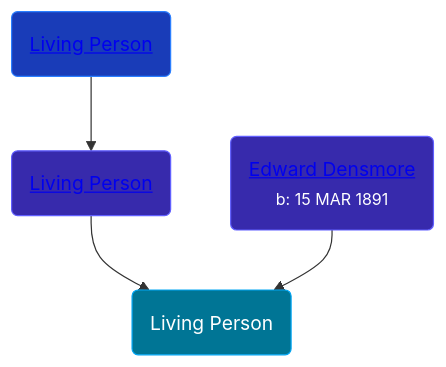
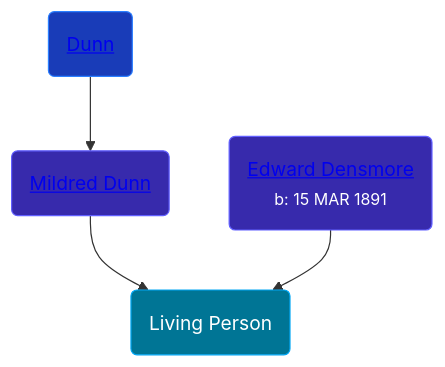
Before and after one commit to wpmgotkh/wpmgotkh.github.io: the diagram in pages/people/1/12457038.md, drawn with Mermaid. The commit also changed other lines of this file and 586 other files, not shown here.

Commit message:
feat: better shouldConsiderPersonLiving algo

````diff
--- a/pages/people/1/12457038.md
+++ b/pages/people/1/12457038.md
@@ -10,10 +10,10 @@
 ```mermaid
 graph
 classDef grands fill:#193cb8,stroke:#2b7fff,stroke-width:1px,color:#fff;
 classDef parents fill:#372aac,stroke:#615fff,stroke-width:1px,color:#fff;
 classDef primary fill:#007595,stroke:#00a6f4,stroke-width:1px,color:#fff;
 12457038(Living Person):::primary
-7869963(<a class="text-white" href="/people/7/7869963">Living Person</a>):::parents-->12457038
-14066328(<a class="text-white" href="/people/1/14066328">Living Person</a>):::grands-->7869963
+7869963(<a class="text-white" href="/people/7/7869963">Mildred Dunn</a>):::parents-->12457038
+14066328(<a class="text-white" href="/people/1/14066328">Dunn</a>):::grands-->7869963
 75117844(<a class="text-white" href="/people/7/75117844">Edward Densmore</a><br /><small>b: 15 MAR 1891</small>):::parents-->12457038
 ```
````
